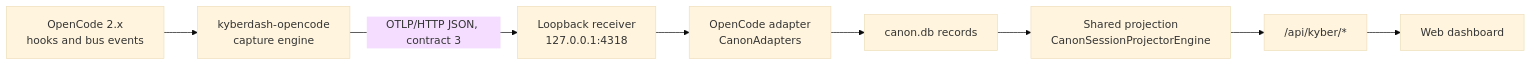
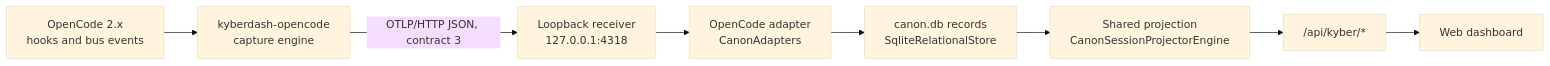
Before and after one commit to dpalfery/kyber-weave: the third of 6 diagrams in docs/dash/architecture.md, drawn with Mermaid (base theme). The commit also changed other lines of this file and 200 other files, not shown here.

First line of the commit message:
feat(kyberdash): kyberDash Relational Store Implementation [copilot] (#652)

````diff
--- a/docs/dash/architecture.md
+++ b/docs/dash/architecture.md
@@ -322,10 +333,10 @@
 ```mermaid
 flowchart LR
     Host["OpenCode 2.x<br/>hooks and bus events"] --> Plugin["kyberdash-opencode<br/>capture engine"]
     Plugin -->|"OTLP/HTTP JSON, contract 3"| Receiver["Loopback receiver<br/>127.0.0.1:4318"]
     Receiver --> Adapter["OpenCode adapter<br/>CanonAdapters"]
-    Adapter --> Store["canon.db records"]
+    Adapter --> Store["canon.db records<br/>SqliteRelationalStore"]
     Store --> Projection["Shared projection<br/>CanonSessionProjectorEngine"]
     Projection --> API["/api/kyber/*"]
     API --> Dashboard["Web dashboard"]
 ```
````
